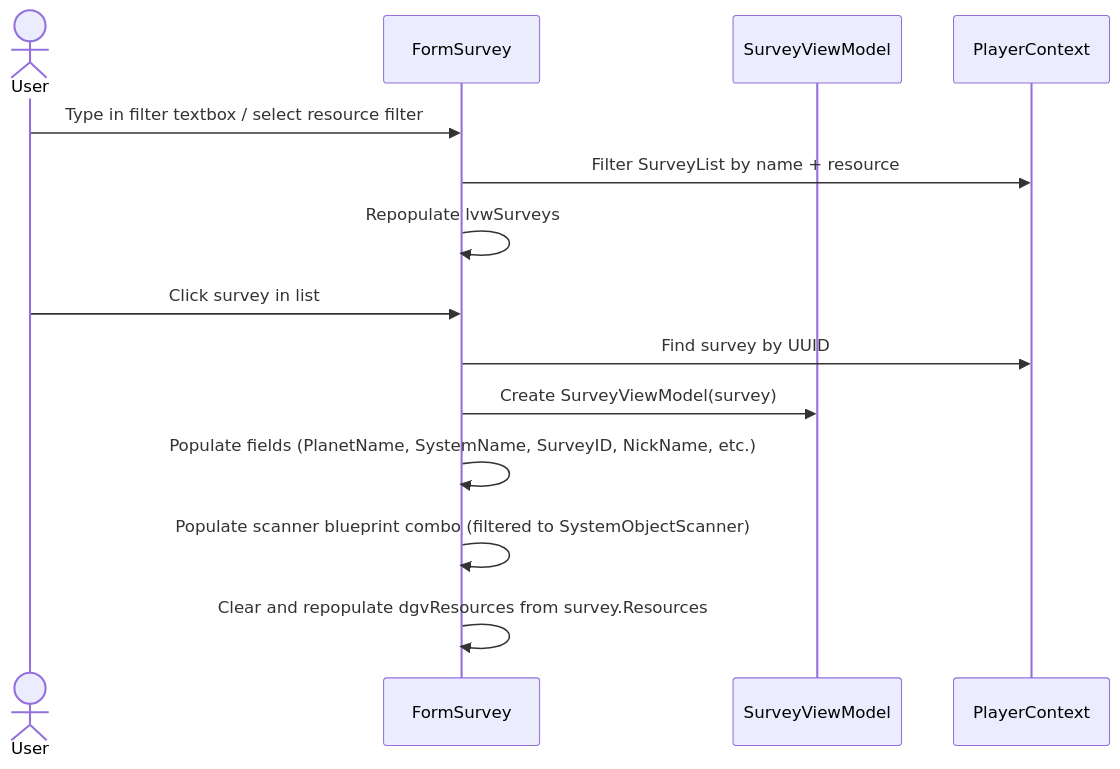
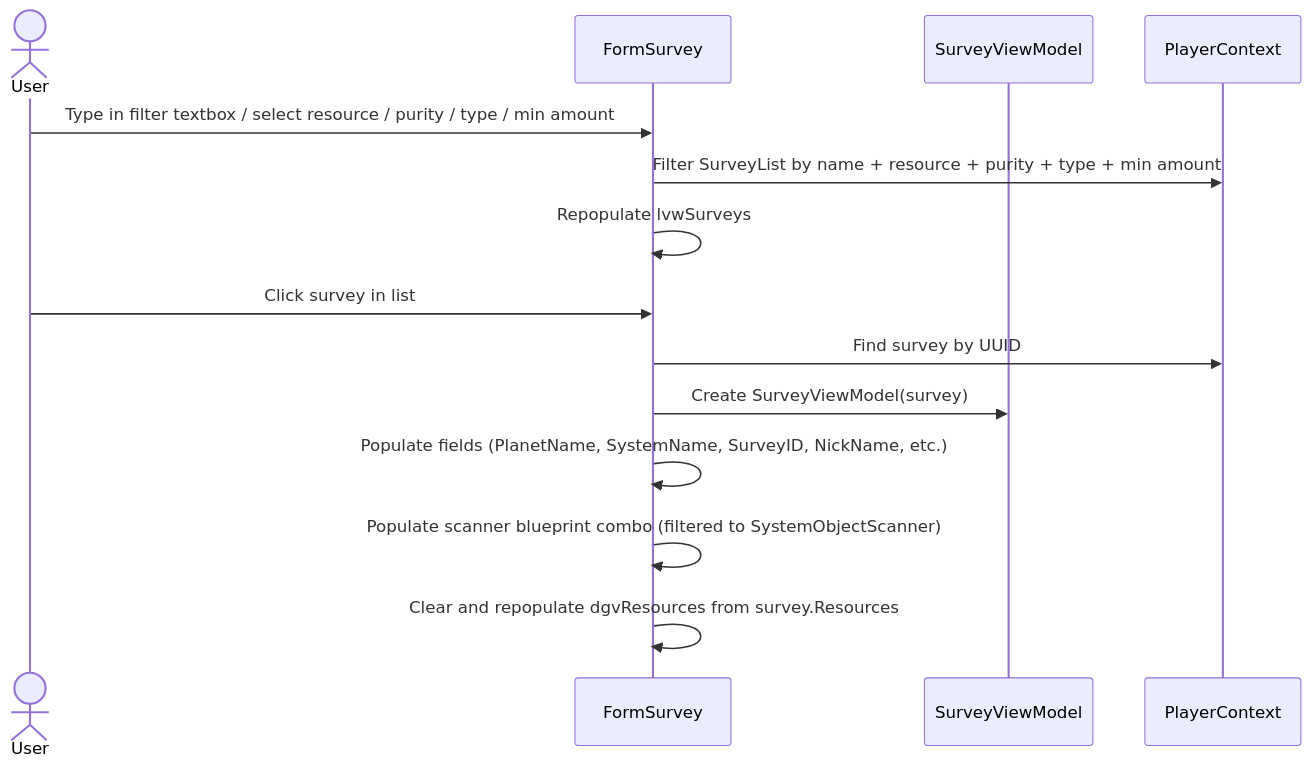
Before and after one commit to scalorn/OuterEmpires2EmpireTracker: the first of 4 diagrams in spec/requirements/Survey.md, drawn with Mermaid. The commit also changed other lines of this file and 2 other files, not shown here.

First line of the commit message:
Expand survey form filters: type, purity, min amount

````diff
--- a/spec/requirements/Survey.md
+++ b/spec/requirements/Survey.md
@@ -51,18 +51,18 @@
 ```mermaid
 sequenceDiagram
     actor User
     participant Form as FormSurvey
     participant VM as SurveyViewModel
     participant PC as PlayerContext
 
-    User->>Form: Type in filter textbox / select resource filter
-    Form->>PC: Filter SurveyList by name + resource
+    User->>Form: Type in filter textbox / select resource / purity / type / min amount
+    Form->>PC: Filter SurveyList by name + resource + purity + type + min amount
     Form->>Form: Repopulate lvwSurveys
 
     User->>Form: Click survey in list
     Form->>PC: Find survey by UUID
     Form->>VM: Create SurveyViewModel(survey)
     Form->>Form: Populate fields (PlanetName, SystemName, SurveyID, NickName, etc.)
     Form->>Form: Populate scanner blueprint combo (filtered to SystemObjectScanner)
     Form->>Form: Clear and repopulate dgvResources from survey.Resources
 ```
````
